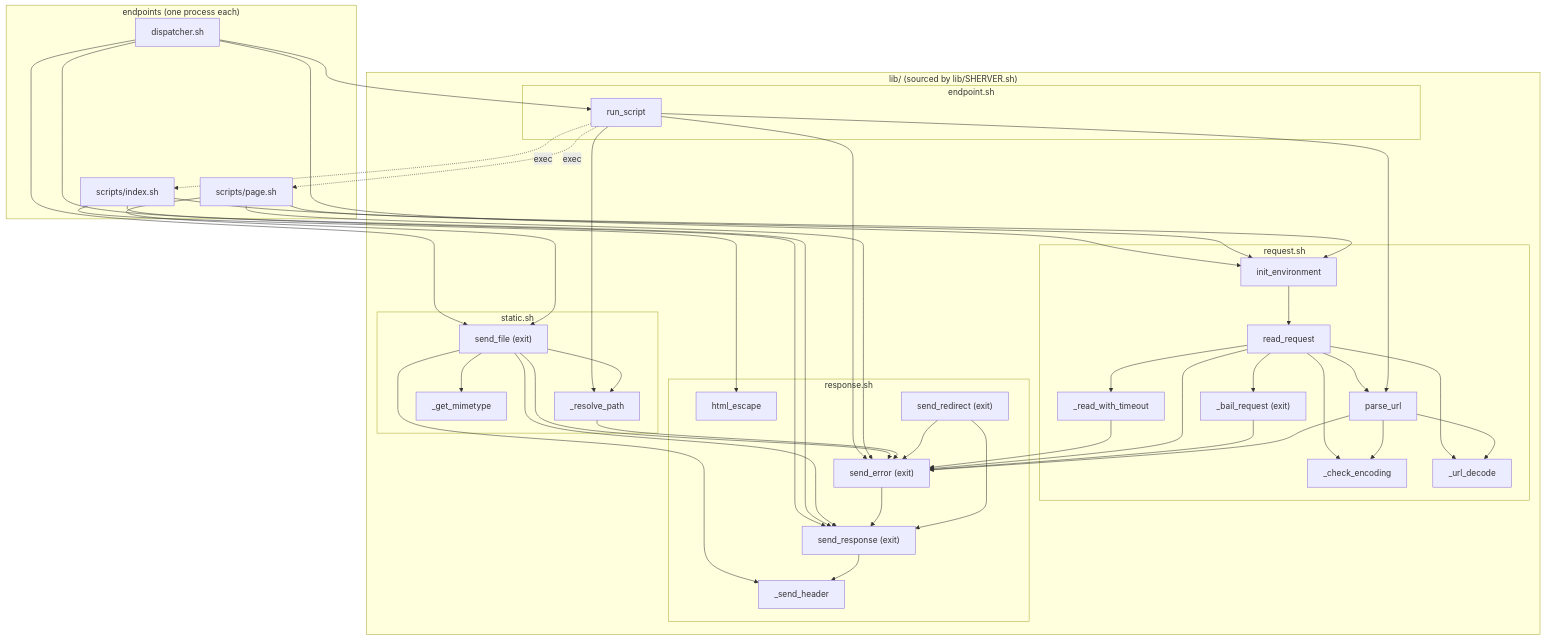
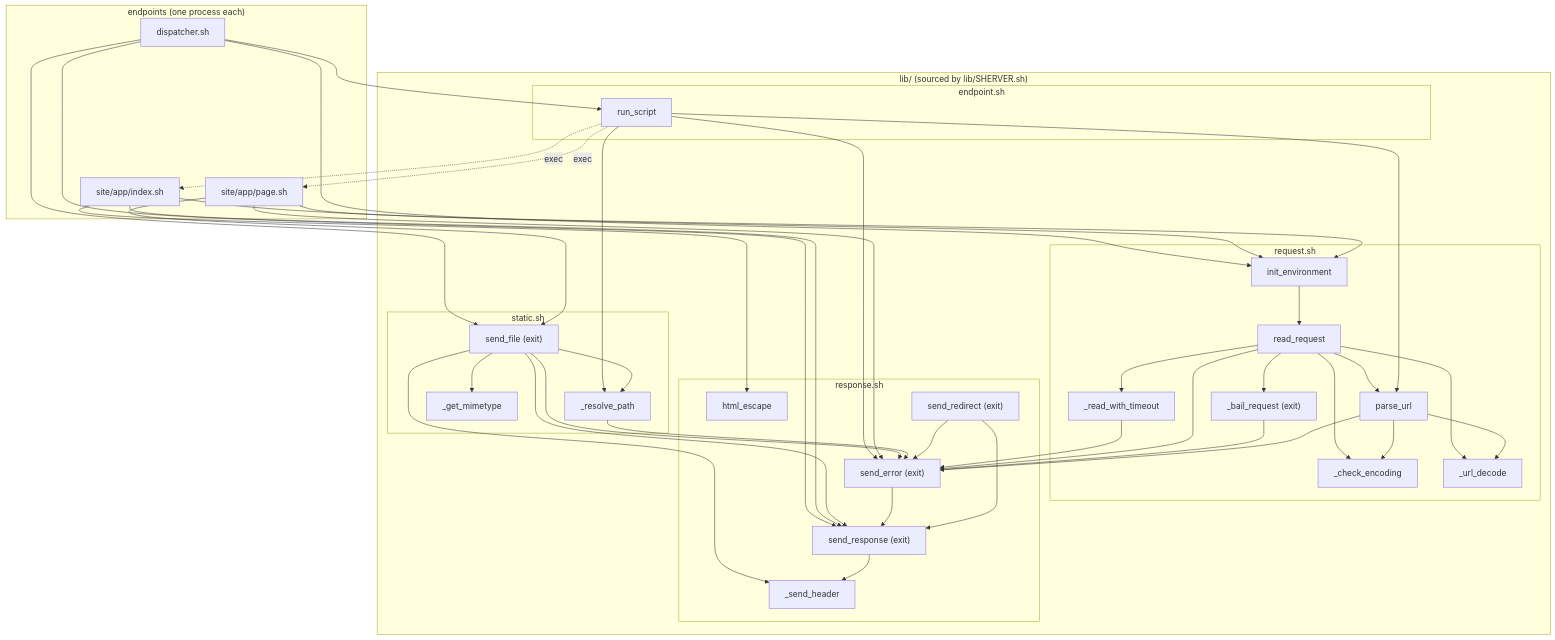
The diagram in docs/call-graph.md (remileduc/sherver), drawn with Mermaid before and after one commit. The commit also changed other lines of this file and 27 other files, not shown here.

````diff
--- a/docs/call-graph.md
+++ b/docs/call-graph.md
@@ -39,77 +40,77 @@
 ```mermaid
 flowchart TD
     subgraph endpoints ["endpoints (one process each)"]
         dispatcher[dispatcher.sh]
-        index[scripts/index.sh]
-        page[scripts/page.sh]
+        index[site/app/index.sh]
+        page[site/app/page.sh]
     end
 
     subgraph library ["lib/ (sourced by lib/SHERVER.sh)"]
         subgraph request ["request.sh"]
             init_environment
             read_request
             bail_request["_bail_request (exit)"]
             read_with_timeout[_read_with_timeout]
             parse_url
             check_encoding[_check_encoding]
             url_decode[_url_decode]
         end
         subgraph response ["response.sh"]
             html_escape
             send_header[_send_header]
             send_response["send_response (exit)"]
             send_error["send_error (exit)"]
             send_redirect["send_redirect (exit)"]
         end
         subgraph static ["static.sh"]
             resolve_path[_resolve_path]
             get_mimetype[_get_mimetype]
             send_file["send_file (exit)"]
         end
         subgraph endpoint ["endpoint.sh"]
             run_script
         end
     end
 
     dispatcher --> init_environment
     dispatcher --> send_file
     dispatcher --> run_script
     dispatcher --> send_response
 
     init_environment --> read_request
     read_request --> read_with_timeout
     read_with_timeout --> send_error
     read_request --> bail_request
     read_request --> check_encoding
     read_request --> parse_url
     read_request --> url_decode
     read_request --> send_error
     bail_request --> send_error
     parse_url --> check_encoding
     parse_url --> url_decode
     parse_url --> send_error
 
     run_script --> parse_url
     run_script --> resolve_path
     run_script --> send_error
     run_script -. exec .-> index
     run_script -. exec .-> page
 
     index --> init_environment
     index --> html_escape
     index --> send_response
     page --> init_environment
     page --> send_error
     page --> send_file
 
     send_file --> resolve_path
     send_file --> get_mimetype
     send_file --> send_response
     send_file --> send_header
     send_file --> send_error
     resolve_path --> send_error
     send_error --> send_response
     send_redirect --> send_response
     send_redirect --> send_error
     send_response --> send_header
 ```
````
